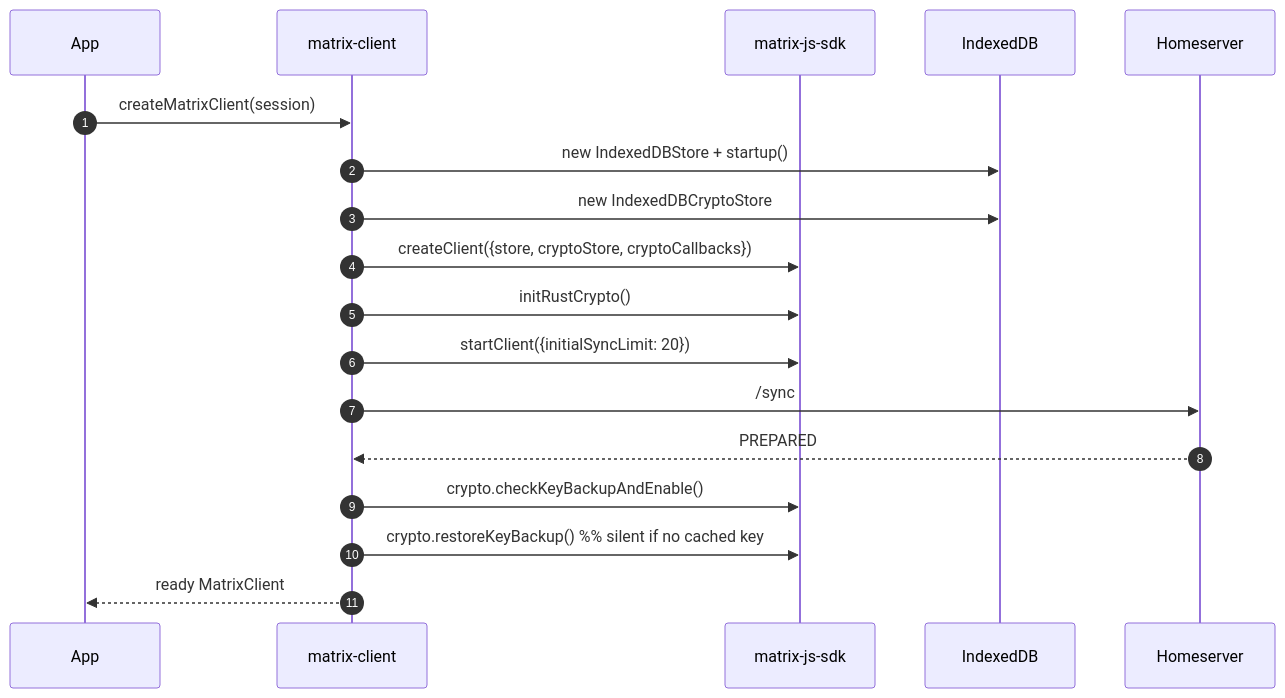
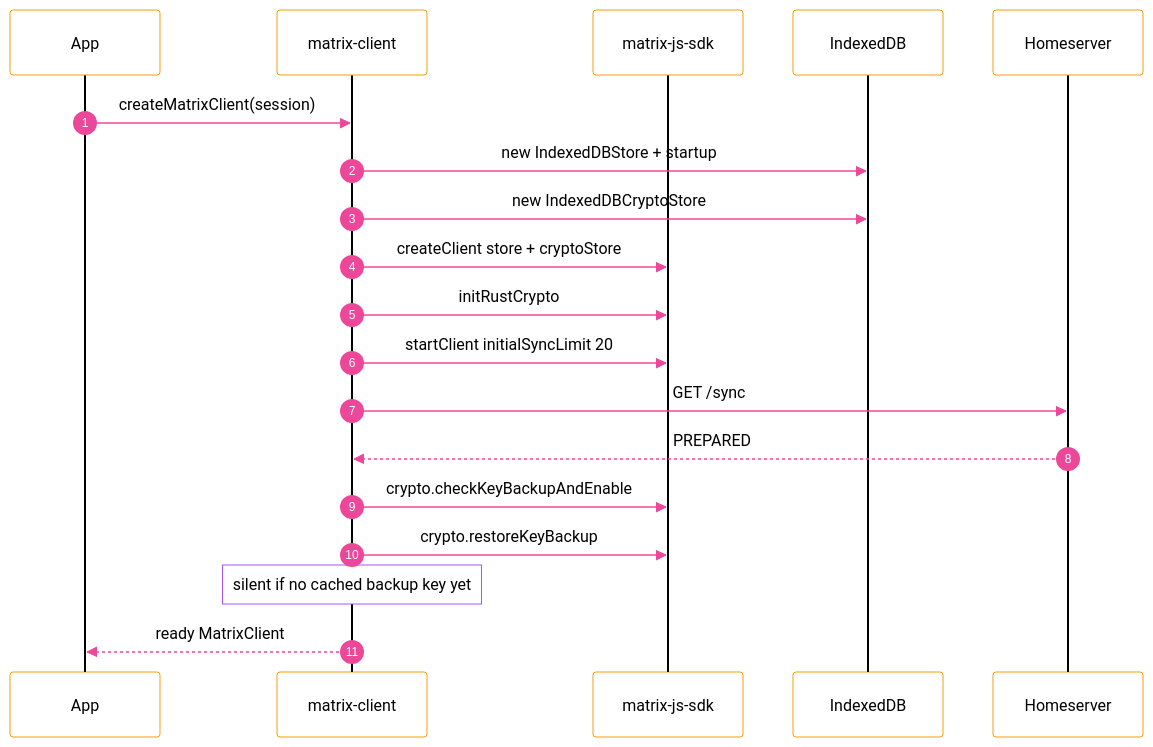
Before and after one commit to quochuydev/matrix-e2e-emr: the second of 5 diagrams in packages/matrix-client/README.md, drawn with Mermaid. The commit also changed other lines of this file, not shown here.

Commit message:
docs(matrix-client): restyle mermaid diagrams (white bg, pink arrows, color-coded borders)

````diff
--- a/packages/matrix-client/README.md
+++ b/packages/matrix-client/README.md
@@ -64,21 +72,23 @@
 ```mermaid
+%%{init: {'theme':'base','themeVariables':{'background':'#ffffff','primaryTextColor':'#000000','actorBkg':'#ffffff','actorBorder':'#f59e0b','actorTextColor':'#000000','actorLineColor':'#000000','signalColor':'#ec4899','signalTextColor':'#000000','sequenceNumberColor':'#ffffff','noteBkgColor':'#ffffff','noteBorderColor':'#a855f7','noteTextColor':'#000000','labelBoxBkgColor':'#ffffff','labelBoxBorderColor':'#000000','labelTextColor':'#000000','fontFamily':'system-ui'}}}%%
 sequenceDiagram
   autonumber
   participant App
   participant MC as matrix-client
   participant SDK as matrix-js-sdk
   participant IDB as IndexedDB
   participant HS as Homeserver
 
   App->>MC: createMatrixClient(session)
-  MC->>IDB: new IndexedDBStore + startup()
+  MC->>IDB: new IndexedDBStore + startup
   MC->>IDB: new IndexedDBCryptoStore
-  MC->>SDK: createClient({store, cryptoStore, cryptoCallbacks})
-  MC->>SDK: initRustCrypto()
-  MC->>SDK: startClient({initialSyncLimit: 20})
-  MC->>HS: /sync
+  MC->>SDK: createClient store + cryptoStore
+  MC->>SDK: initRustCrypto
+  MC->>SDK: startClient initialSyncLimit 20
+  MC->>HS: GET /sync
   HS-->>MC: PREPARED
-  MC->>SDK: crypto.checkKeyBackupAndEnable()
-  MC->>SDK: crypto.restoreKeyBackup()  %% silent if no cached key
+  MC->>SDK: crypto.checkKeyBackupAndEnable
+  MC->>SDK: crypto.restoreKeyBackup
+  Note over MC: silent if no cached backup key yet
   MC-->>App: ready MatrixClient
 ```
````
